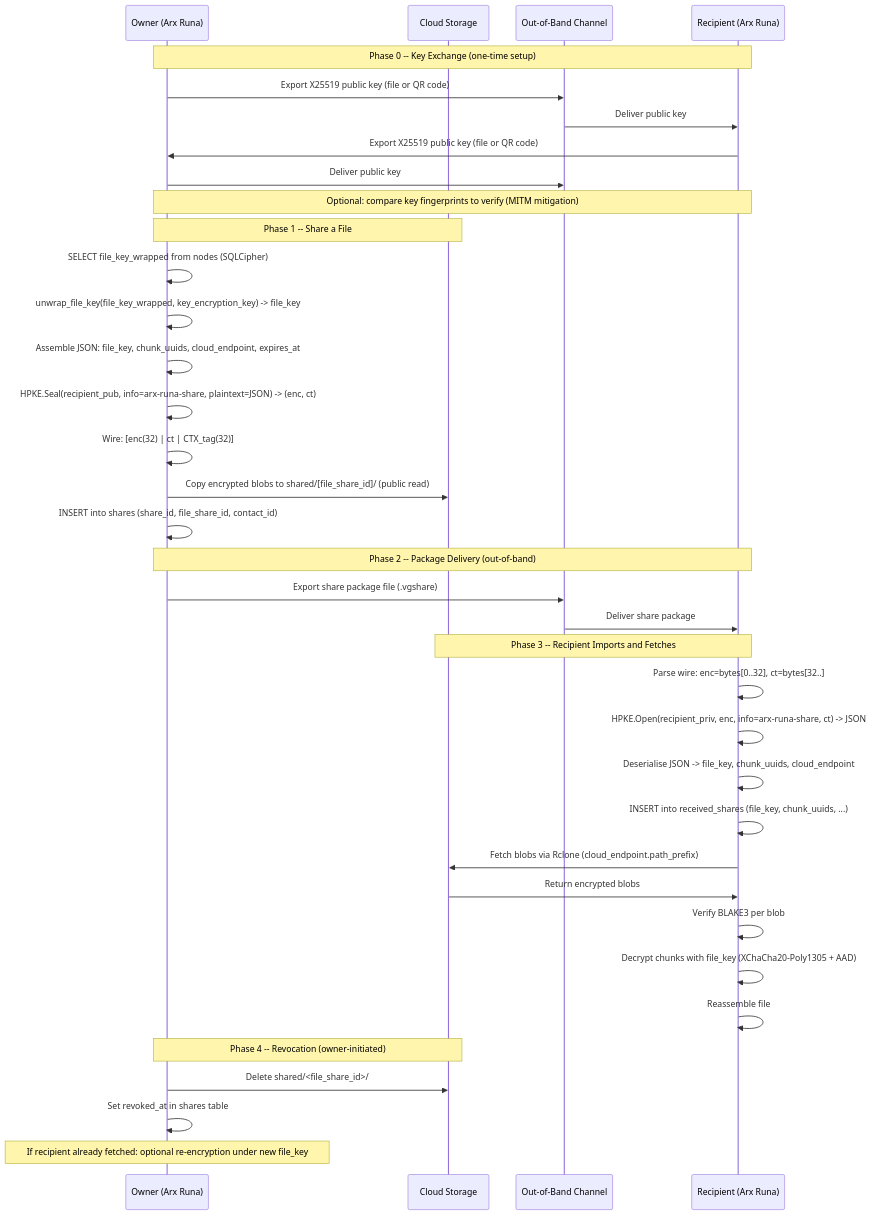
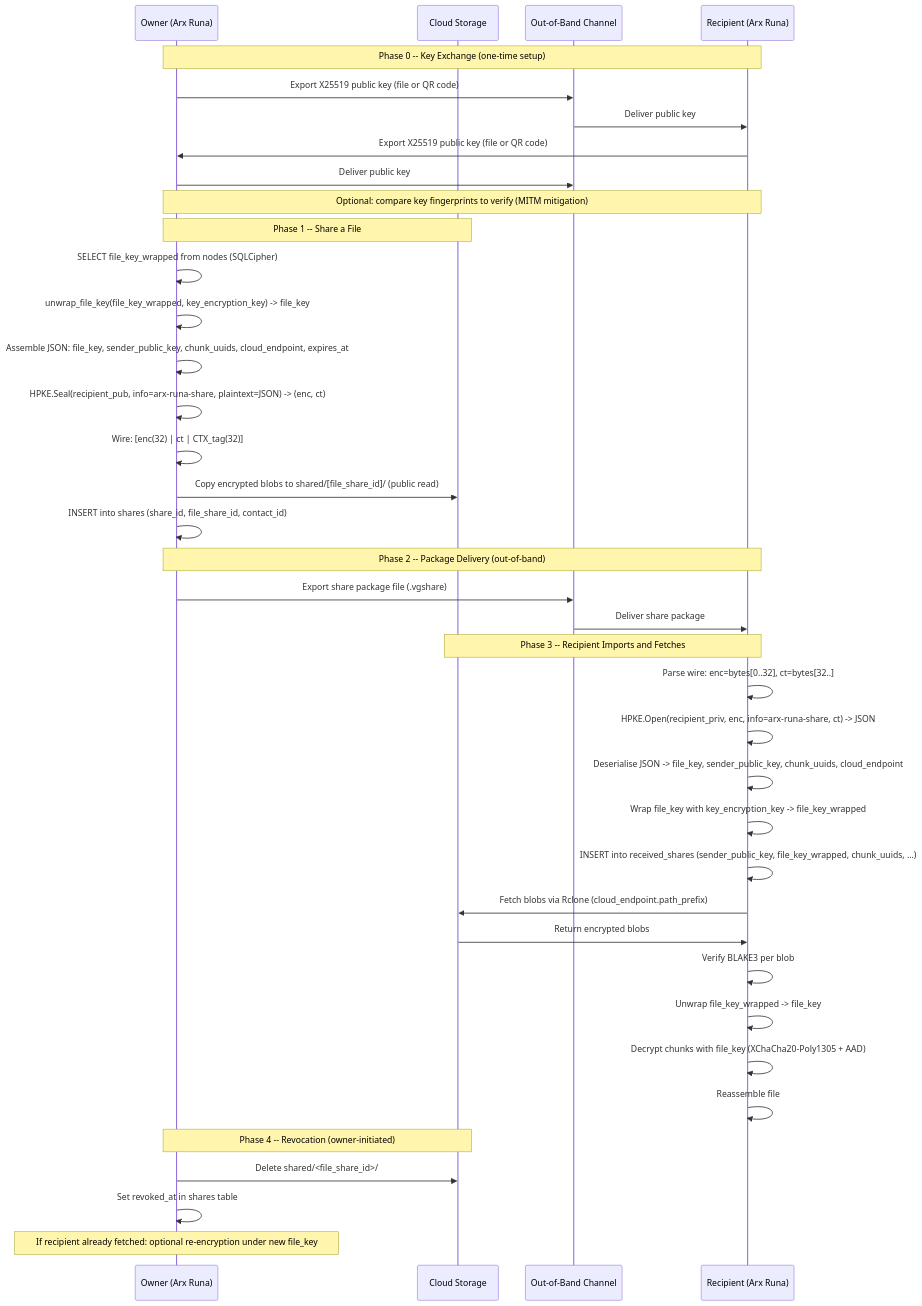
One commit to salgaard/arx-runa changed the diagram in docs/architecture/designs/file-sharing/diagrams/file-sharing-flow.md. Above: the diagram before and after it, drawn with Mermaid. The commit also changed other lines of this file and 35 other files, not shown here.

````diff
--- a/docs/architecture/designs/file-sharing/diagrams/file-sharing-flow.md
+++ b/docs/architecture/designs/file-sharing/diagrams/file-sharing-flow.md
@@ -6,43 +6,45 @@
 ```mermaid
 sequenceDiagram
     participant Owner as Owner (Arx Runa)
     participant Cloud as Cloud Storage
     participant Channel as Out-of-Band Channel
     participant Recipient as Recipient (Arx Runa)
 
     note over Owner,Recipient: Phase 0 #45;#45; Key Exchange (one-time setup)
     Owner->>Channel: Export X25519 public key (file or QR code)
     Channel->>Recipient: Deliver public key
     Recipient->>Owner: Export X25519 public key (file or QR code)
     Owner->>Channel: Deliver public key
     note over Owner,Recipient: Optional#58; compare key fingerprints to verify (MITM mitigation)
 
     note over Owner,Cloud: Phase 1 #45;#45; Share a File
     Owner->>Owner: SELECT file_key_wrapped from nodes (SQLCipher)
     Owner->>Owner: unwrap_file_key(file_key_wrapped, key_encryption_key) #45;#62; file_key
-    Owner->>Owner: Assemble JSON#58; file_key, chunk_uuids, cloud_endpoint, expires_at
+    Owner->>Owner: Assemble JSON#58; file_key, sender_public_key, chunk_uuids, cloud_endpoint, expires_at
     Owner->>Owner: HPKE.Seal(recipient_pub, info=arx-runa-share, plaintext=JSON) #45;#62; (enc, ct)
     Owner->>Owner: Wire#58; [enc(32) #124; ct #124; CTX_tag(32)]
     Owner->>Cloud: Copy encrypted blobs to shared/[file_share_id]/ (public read)
     Owner->>Owner: INSERT into shares (share_id, file_share_id, contact_id)
 
     note over Owner,Recipient: Phase 2 #45;#45; Package Delivery (out-of-band)
     Owner->>Channel: Export share package file (.vgshare)
     Channel->>Recipient: Deliver share package
 
     note over Recipient,Cloud: Phase 3 #45;#45; Recipient Imports and Fetches
     Recipient->>Recipient: Parse wire#58; enc=bytes[0..32], ct=bytes[32..]
     Recipient->>Recipient: HPKE.Open(recipient_priv, enc, info=arx-runa-share, ct) #45;#62; JSON
-    Recipient->>Recipient: Deserialise JSON #45;#62; file_key, chunk_uuids, cloud_endpoint
-    Recipient->>Recipient: INSERT into received_shares (file_key, chunk_uuids, ...)
+    Recipient->>Recipient: Deserialise JSON #45;#62; file_key, sender_public_key, chunk_uuids, cloud_endpoint
+    Recipient->>Recipient: Wrap file_key with key_encryption_key #45;#62; file_key_wrapped
+    Recipient->>Recipient: INSERT into received_shares (sender_public_key, file_key_wrapped, chunk_uuids, ...)
     Recipient->>Cloud: Fetch blobs via Rclone (cloud_endpoint.path_prefix)
     Cloud->>Recipient: Return encrypted blobs
     Recipient->>Recipient: Verify BLAKE3 per blob
+    Recipient->>Recipient: Unwrap file_key_wrapped #45;#62; file_key
     Recipient->>Recipient: Decrypt chunks with file_key (XChaCha20-Poly1305 + AAD)
     Recipient->>Recipient: Reassemble file
 
     note over Owner,Cloud: Phase 4 #45;#45; Revocation (owner-initiated)
     Owner->>Cloud: Delete shared/<file_share_id>/
     Owner->>Owner: Set revoked_at in shares table
     note over Owner: If recipient already fetched#58; optional re-encryption under new file_key
 ```
````
